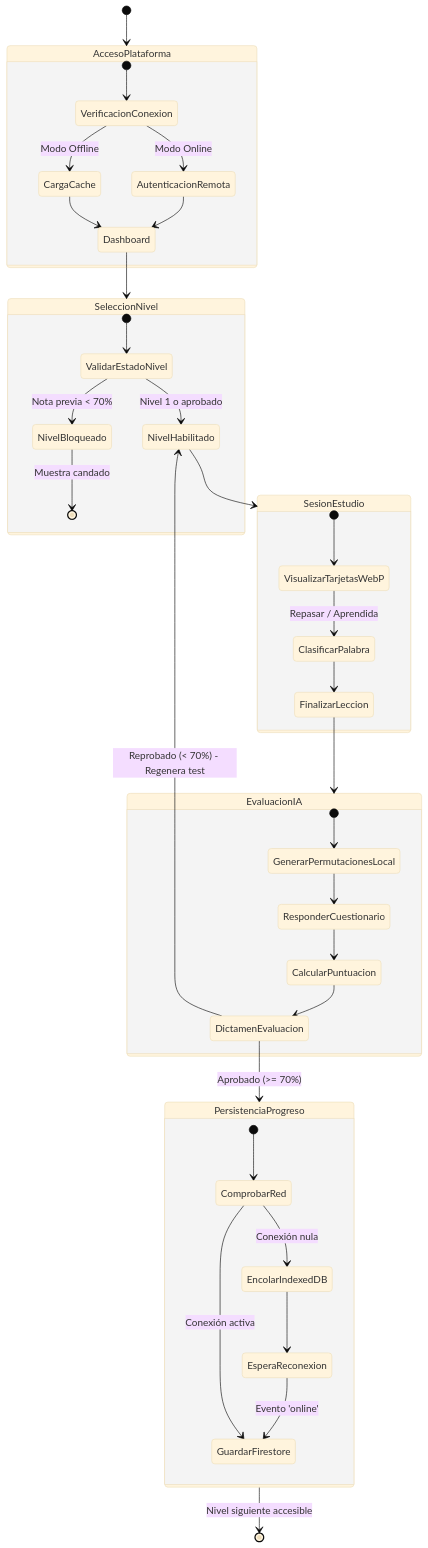
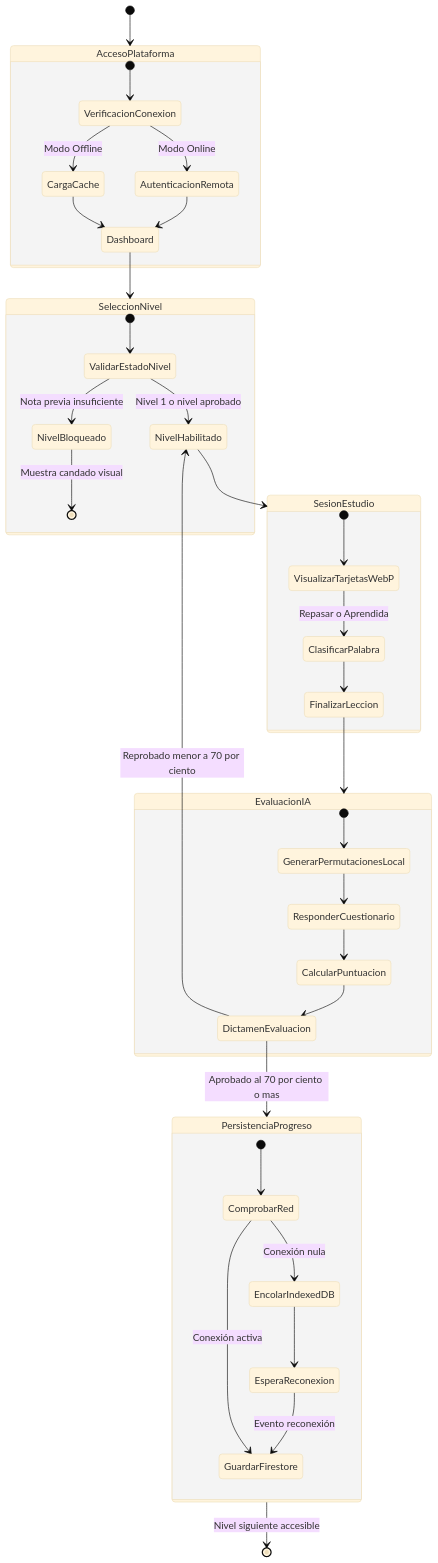
The sixth of 8 diagrams in Docs/mapa_de_diagramas.md (upds-software-engineering/Yapu), drawn with Mermaid (base theme) before and after one commit. The commit also changed other lines of this file, not shown here.

Commit message:
docs: add architectural and behavioral UML diagram map for YAPU project

````diff
--- a/Docs/mapa_de_diagramas.md
+++ b/Docs/mapa_de_diagramas.md
@@ -378,51 +371,51 @@
 ```mermaid
 stateDiagram-v2
     [*] --> AccesoPlataforma
     
     state AccesoPlataforma {
         [*] --> VerificacionConexion
         VerificacionConexion --> CargaCache : Modo Offline
         VerificacionConexion --> AutenticacionRemota : Modo Online
         AutenticacionRemota --> Dashboard
         CargaCache --> Dashboard
     }
 
     Dashboard --> SeleccionNivel
     
     state SeleccionNivel {
         [*] --> ValidarEstadoNivel
-        ValidarEstadoNivel --> NivelBloqueado : Nota previa < 70%
-        ValidarEstadoNivel --> NivelHabilitado : Nivel 1 o aprobado
-        NivelBloqueado --> [*] : Muestra candado
+        ValidarEstadoNivel --> NivelBloqueado : Nota previa insuficiente
+        ValidarEstadoNivel --> NivelHabilitado : Nivel 1 o nivel aprobado
+        NivelBloqueado --> [*] : Muestra candado visual
     }
 
     NivelHabilitado --> SesionEstudio
     
     state SesionEstudio {
         [*] --> VisualizarTarjetasWebP
-        VisualizarTarjetasWebP --> ClasificarPalabra : Repasar / Aprendida
+        VisualizarTarjetasWebP --> ClasificarPalabra : Repasar o Aprendida
         ClasificarPalabra --> FinalizarLeccion
     }
 
     FinalizarLeccion --> EvaluacionIA
     
     state EvaluacionIA {
         [*] --> GenerarPermutacionesLocal
         GenerarPermutacionesLocal --> ResponderCuestionario
         ResponderCuestionario --> CalcularPuntuacion
         CalcularPuntuacion --> DictamenEvaluacion
     }
 
-    DictamenEvaluacion --> NivelHabilitado : Reprobado (< 70%) - Regenera test
-    DictamenEvaluacion --> PersistenciaProgreso : Aprobado (>= 70%)
+    DictamenEvaluacion --> NivelHabilitado : Reprobado menor a 70 por ciento
+    DictamenEvaluacion --> PersistenciaProgreso : Aprobado al 70 por ciento o mas
 
     state PersistenciaProgreso {
         [*] --> ComprobarRed
         ComprobarRed --> GuardarFirestore : Conexión activa
         ComprobarRed --> EncolarIndexedDB : Conexión nula
         EncolarIndexedDB --> EsperaReconexion
-        EsperaReconexion --> GuardarFirestore : Evento 'online'
+        EsperaReconexion --> GuardarFirestore : Evento reconexión
     }
 
     PersistenciaProgreso --> [*] : Nivel siguiente accesible
 ```
````
